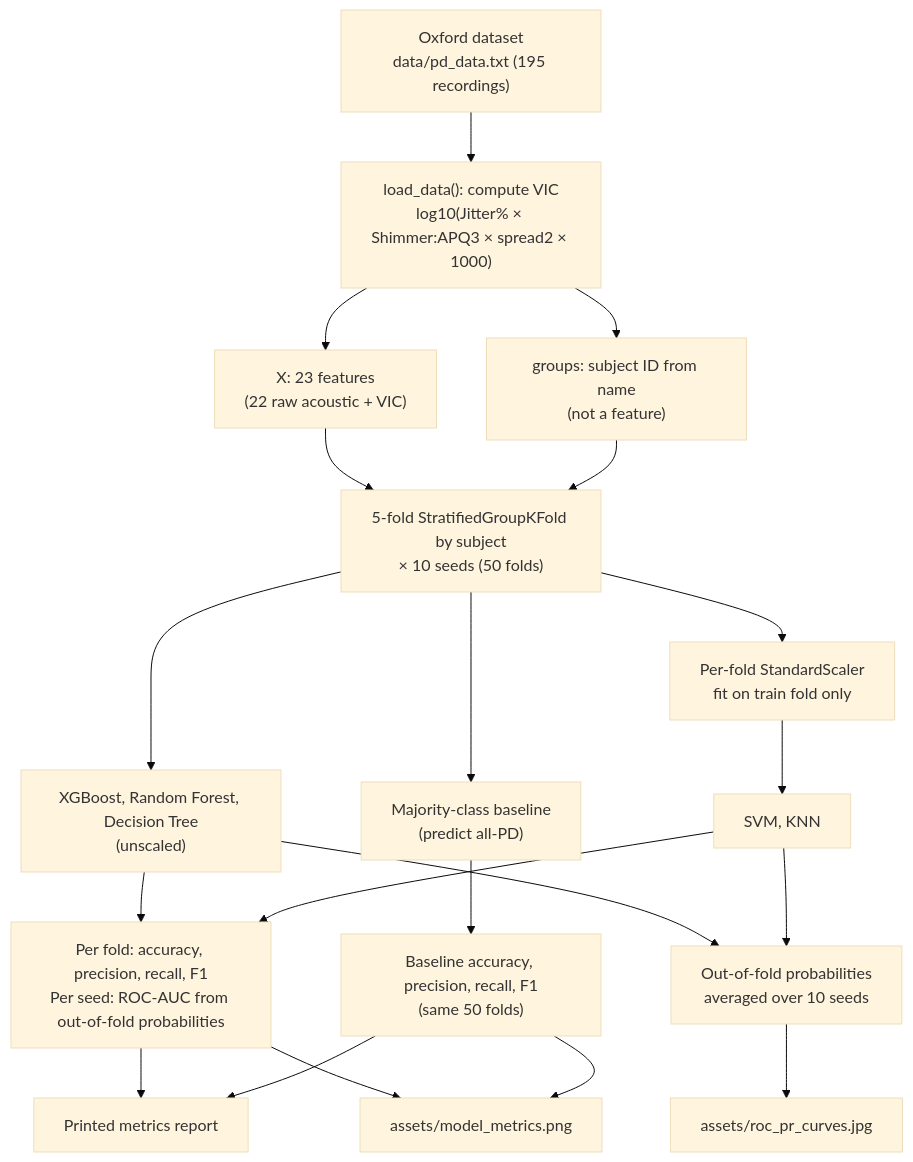
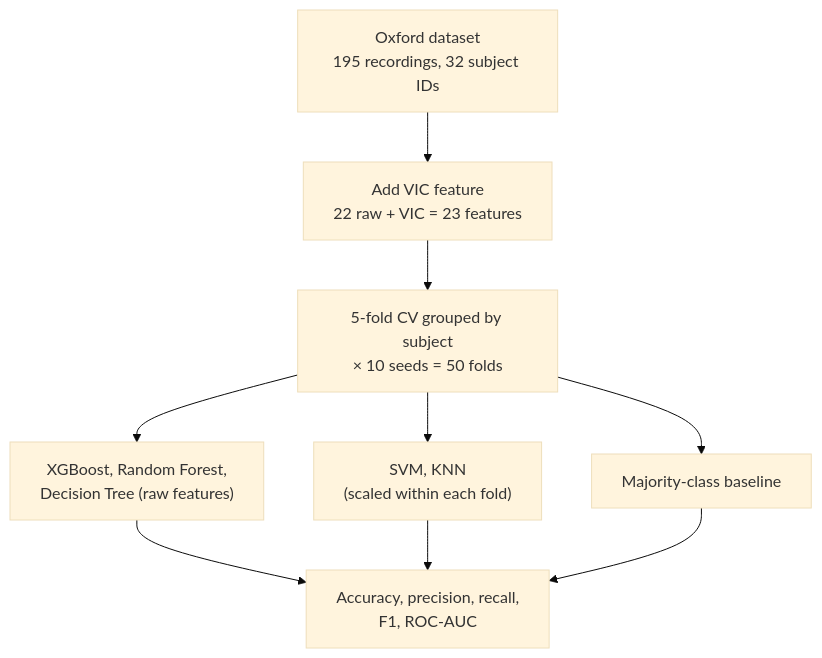
One commit to vardaanbazaz/neuroinsight-ai changed the diagram in README.md. Above: the diagram before and after it, drawn with Mermaid (base theme). The commit also changed other lines of this file, not shown here.

Commit message:
Rewrite README: results first, run instructions, simpler pipeline diagram; details stay in docs/

````diff
--- a/README.md
+++ b/README.md
@@ -35,22 +20,9 @@
 ```mermaid
 flowchart TD
-    A["Oxford dataset<br/>data/pd_data.txt (195 recordings)"] --> B["load_data(): compute VIC<br/>log10(Jitter% × Shimmer:APQ3 × spread2 × 1000)"]
-    B --> X["X: 23 features<br/>(22 raw acoustic + VIC)"]
-    B --> G["groups: subject ID from name<br/>(not a feature)"]
-    X --> CV["5-fold StratifiedGroupKFold by subject<br/>× 10 seeds (50 folds)"]
-    G --> CV
-    CV --> T["XGBoost, Random Forest, Decision Tree<br/>(unscaled)"]
-    CV --> S["Per-fold StandardScaler<br/>fit on train fold only"]
-    S --> K["SVM, KNN"]
-    CV --> BL["Majority-class baseline<br/>(predict all-PD)"]
-    T --> M["Per fold: accuracy, precision, recall, F1<br/>Per seed: ROC-AUC from out-of-fold probabilities"]
-    K --> M
-    BL --> MB["Baseline accuracy, precision, recall, F1<br/>(same 50 folds)"]
-    T --> O["Out-of-fold probabilities<br/>averaged over 10 seeds"]
-    K --> O
-    M --> R["Printed metrics report"]
-    MB --> R
-    M --> P1["assets/model_metrics.png"]
-    MB --> P1
-    O --> P2["assets/roc_pr_curves.jpg"]
+    A["Oxford dataset<br/>195 recordings, 32 subject IDs"] --> B["Add VIC feature<br/>22 raw + VIC = 23 features"]
+    B --> C["5-fold CV grouped by subject<br/>× 10 seeds = 50 folds"]
+    C --> D["XGBoost, Random Forest,<br/>Decision Tree (raw features)"]
+    C --> E["SVM, KNN<br/>(scaled within each fold)"]
+    C --> F["Majority-class baseline"]
+    D & E & F --> G["Accuracy, precision, recall,<br/>F1, ROC-AUC"]
 ```
````
